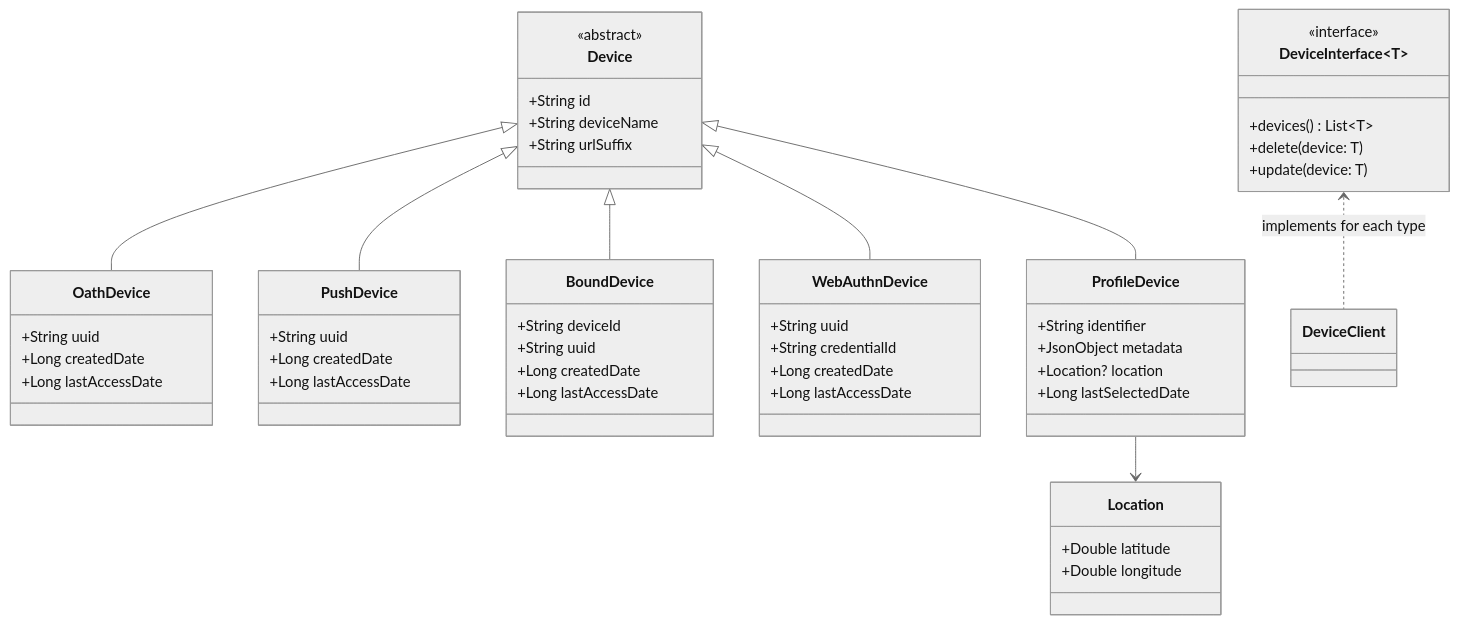
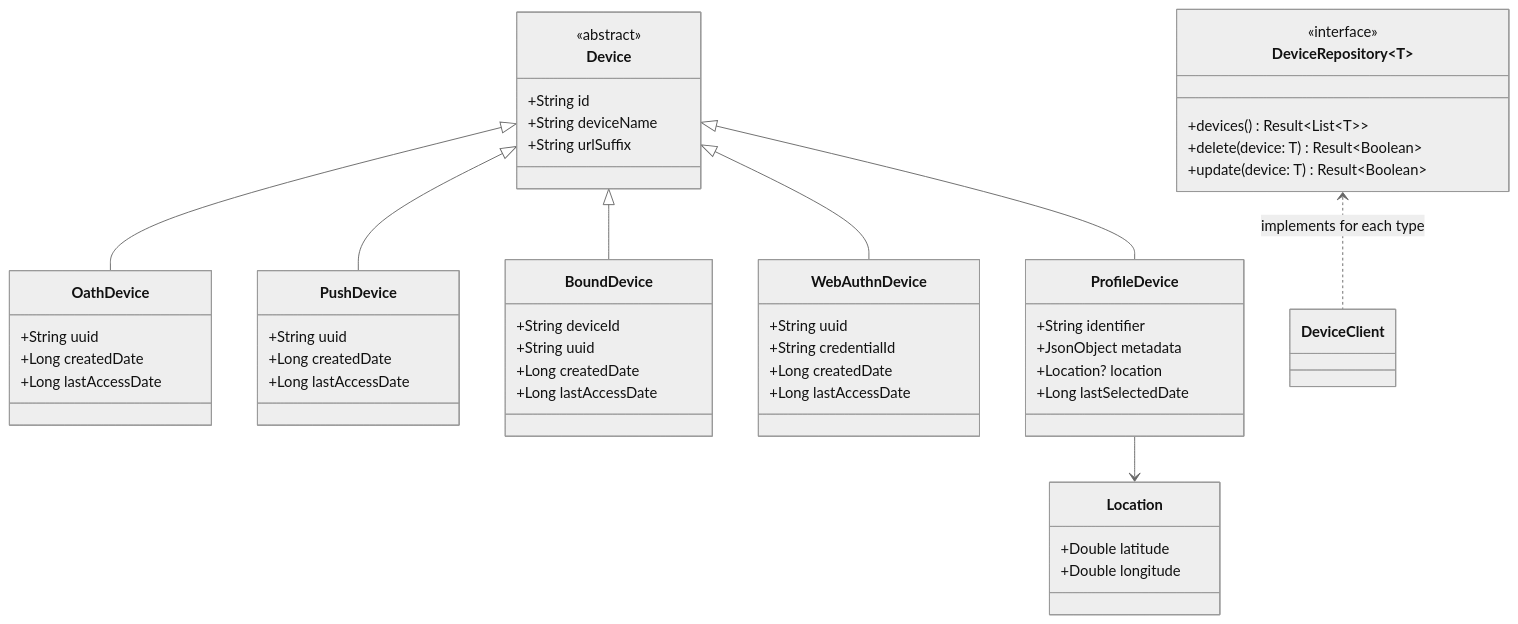
One commit to ForgeRock/ping-android-sdk changed the first of 2 diagrams in foundation/device/device-client/CONCEPT.md. Above: the diagram before and after it, drawn with Mermaid (neutral theme). The commit also changed other lines of this file and 1 other file, not shown here.

Commit message:
Refactor: Rename DeviceInterface to DeviceRepository and update methods to return Result type for improved error handling

````diff
--- a/foundation/device/device-client/CONCEPT.md
+++ b/foundation/device/device-client/CONCEPT.md
@@ -69,62 +72,62 @@
 ```mermaid
 classDiagram
-    class DeviceInterface~T~ {
+    class DeviceRepository~T~ {
         <<interface>>
-        +devices() List~T~
-        +delete(device: T)
-        +update(device: T)
+        +devices() Result~List~T~~
+        +delete(device: T) Result~Boolean~
+        +update(device: T) Result~Boolean~
     }
     
     class Device {
         <<abstract>>
         +String id
         +String deviceName
         +String urlSuffix
     }
     
     class OathDevice {
         +String uuid
         +Long createdDate
         +Long lastAccessDate
     }
     
     class PushDevice {
         +String uuid
         +Long createdDate
         +Long lastAccessDate
     }
     
     class BoundDevice {
         +String deviceId
         +String uuid
         +Long createdDate
         +Long lastAccessDate
     }
     
     class WebAuthnDevice {
         +String uuid
         +String credentialId
         +Long createdDate
         +Long lastAccessDate
     }
     
     class ProfileDevice {
         +String identifier
         +JsonObject metadata
         +Location? location
         +Long lastSelectedDate
     }
     
     class Location {
         +Double latitude
         +Double longitude
     }
     
-    DeviceInterface <.. DeviceClient : implements for each type
+    DeviceRepository <.. DeviceClient : implements for each type
     Device <|-- OathDevice
     Device <|-- PushDevice
     Device <|-- BoundDevice
     Device <|-- WebAuthnDevice
     Device <|-- ProfileDevice
     ProfileDevice --> Location
 ```
````
